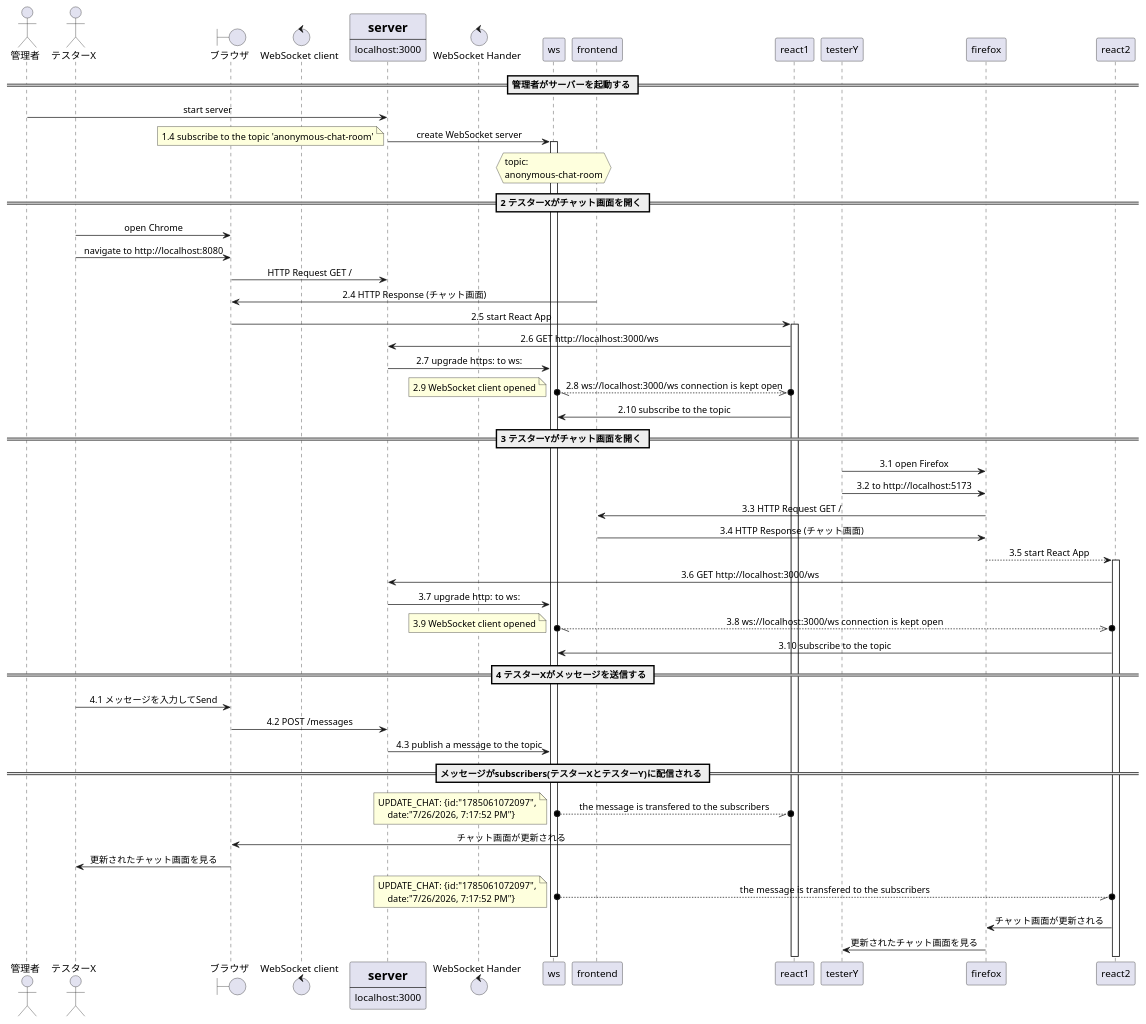
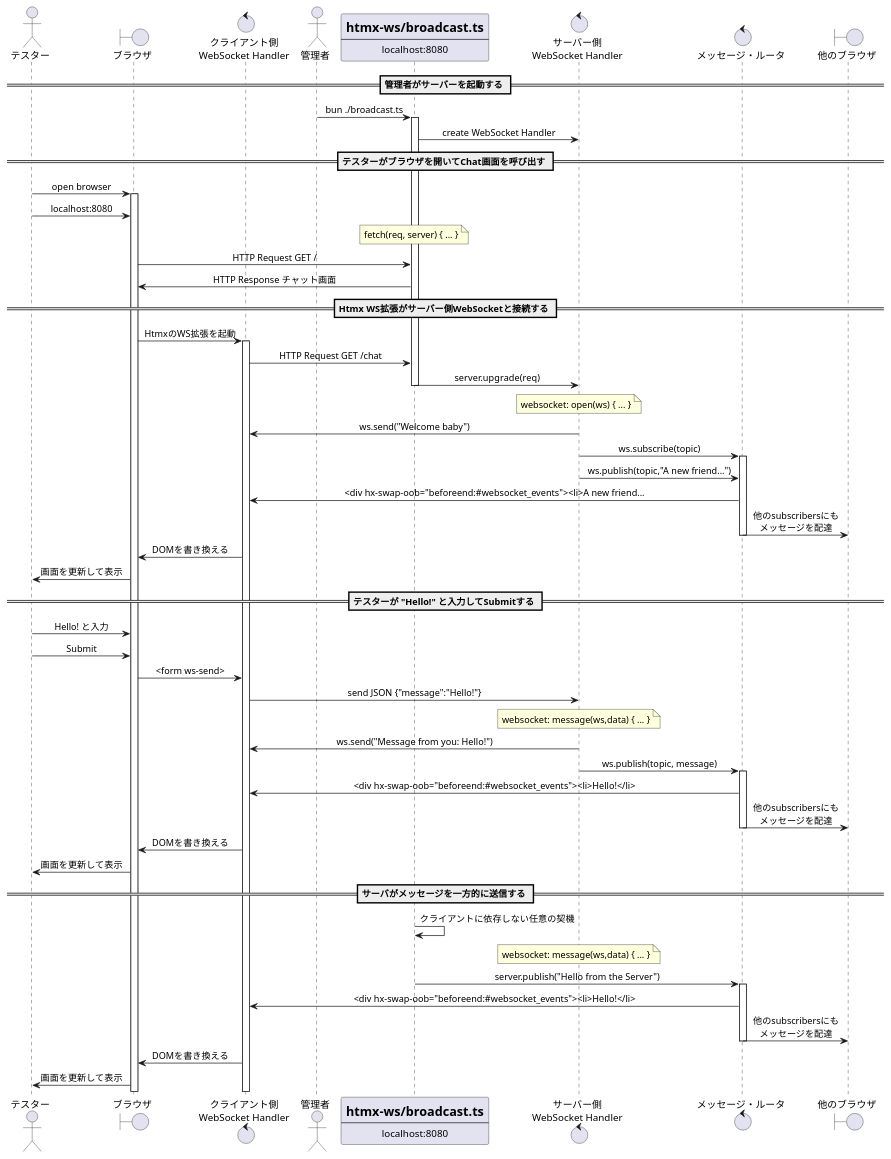
One commit to kazurayam/websocket-demo changed the diagram in docs/diagrams/src/sequence.puml. Above: the diagram before and after it, drawn with PlantUML. The commit also changed 7 other files, not shown here.

Commit message:
#9 シーケンス図を追加した

```diff
--- a/docs/diagrams/src/sequence.puml
+++ b/docs/diagrams/src/sequence.puml
@@ -3,71 +3,78 @@
 @startuml sequence
 skinparam sequenceMessageAlign center
 
-actor       管理者             as admin
-actor       テスターX          as testerX
-boundary    ブラウザ           as chrome
-control     "WebSocket client" as wsc
+actor       テスター            as tester
+boundary    ブラウザ            as chrome
+control     "クライアント側\nWebSocket Handler" as cWS
+actor       管理者              as admin
 participant server [
-    =server
+    =htmx-ws/broadcast.ts
     ----
-    localhost:3000
+    localhost:8080
 ]
-control     "WebSocket Hander" as wsh
+control     "サーバー側\nWebSocket Handler" as sWS
+control     "メッセージ・ルータ" as router
+boundary    "他のブラウザ"       as others
 
 == 管理者がサーバーを起動する ==
-admin       ->   server     : start server
-server      ->   ws         : create WebSocket server
-activate ws
-hnote over ws: topic:\nanonymous-chat-room
-note left: 1.4 subscribe to the topic 'anonymous-chat-room'
+admin       ->   server     : bun ./broadcast.ts
+activate server
+server      ->   sWS        : create WebSocket Handler
 
-== 2 テスターXがチャット画面を開く ==
-testerX     ->   chrome     : open Chrome
-testerX     ->   chrome     : navigate to http://localhost:8080
+== テスターがブラウザを開いてChat画面を呼び出す ==
+tester      ->   chrome     : open browser
+activate chrome
+tester      ->   chrome     : localhost:8080
+note over server: fetch(req, server) { ... }
 chrome      ->   server     : HTTP Request GET /
-frontend    ->   chrome     : 2.4 HTTP Response (チャット画面)
-chrome      ->   react1     : 2.5 start React App
-activate react1
-react1      ->   server     : 2.6 GET http://localhost:3000/ws
+chrome      <-   server     : HTTP Response チャット画面
 
-server      ->   ws         : 2.7 upgrade https: to ws:
-react1  o\\--\\o ws         : 2.8 ws://localhost:3000/ws connection is kept open
-note left: 2.9 WebSocket client opened
-react1      ->   ws         : 2.10 subscribe to the topic
+== Htmx WS拡張がサーバー側WebSocketと接続する ==
+chrome      ->   cWS        : HtmxのWS拡張を起動
+activate cWS
+cWS         ->   server     : HTTP Request GET /chat
+server      ->   sWS        : server.upgrade(req)
+deactivate server
+note over sWS: websocket: open(ws) { ... }
+cWS         <-   sWS        : ws.send("Welcome baby")
+sWS         ->   router     : ws.subscribe(topic)
+activate router
+sWS         ->   router     : ws.publish(topic,"A new friend...")
+cWS         <-   router     : <div hx-swap-oob="beforeend:#websocket_events"><li>A new friend...
+router      ->   others     : 他のsubscribersにも\nメッセージを配達
+deactivate router
+chrome      <-   cWS        : DOMを書き換える
+tester      <-   chrome     : 画面を更新して表示
 
-== 3 テスターYがチャット画面を開く ==
-testerY     ->   firefox    : 3.1 open Firefox
-testerY     ->   firefox    : 3.2 to http://localhost:5173
-firefox     ->   frontend   : 3.3 HTTP Request GET /
-frontend    ->   firefox    : 3.4 HTTP Response (チャット画面)
-firefox    -->   react2     : 3.5 start React App
-activate react2
-react2      ->   server     : 3.6 GET http://localhost:3000/ws
-server      ->   ws         : 3.7 upgrade http: to ws:
-react2  o\\--\\o ws         : 3.8 ws://localhost:3000/ws connection is kept open
-note left: 3.9 WebSocket client opened
-react2      ->   ws         : 3.10 subscribe to the topic
+== テスターが "Hello!" と入力してSubmitする ==
+tester      ->   chrome     : Hello! と入力
+tester      ->   chrome     : Submit
+chrome      ->   cWS        : <form ws-send>
+cWS         ->   sWS        : send JSON {"message":"Hello!"}
+note over sWS: websocket: message(ws,data) { ... }
+cWS         <-   sWS        : ws.send("Message from you: Hello!")
+sWS         ->   router     : ws.publish(topic, message)
+activate router
+cWS         <-   router     : <div hx-swap-oob="beforeend:#websocket_events"><li>Hello!</li>
+router      ->   others     : 他のsubscribersにも\nメッセージを配達
+deactivate router
+chrome      <-   cWS        : DOMを書き換える
+tester      <-   chrome     : 画面を更新して表示
 
-== 4 テスターXがメッセージを送信する ==
-testerX     ->   chrome     : 4.1 メッセージを入力してSend
-chrome      ->   server     : 4.2 POST /messages
-server      ->   ws         : 4.3 publish a message to the topic
+== サーバがメッセージを一方的に送信する ==
+server      ->   server     : クライアントに依存しない任意の契機
+note over sWS: websocket: message(ws,data) { ... }
+server      ->   router     : server.publish("Hello from the Server")
+activate router
+cWS         <-   router     : <div hx-swap-oob="beforeend:#websocket_events"><li>Hello!</li>
+router      ->   others     : 他のsubscribersにも\nメッセージを配達
+deactivate router
+chrome      <-   cWS        : DOMを書き換える
+tester      <-   chrome     : 画面を更新して表示
 
-== メッセージがsubscribers(テスターXとテスターY)に配信される ==
-react1  o\\--o   ws         : the message is transfered to the subscribers
-note left
-UPDATE_CHAT: {id:"1785061072097",
-    date:"7/26/2026, 7:17:52 PM"}
-end note
-chrome     <-    react1     : チャット画面が更新される
-testerX    <-    chrome     : 更新されたチャット画面を見る
 
-react2  o\\--o   ws         : the message is transfered to the subscribers
-note left
-UPDATE_CHAT: {id:"1785061072097",
-    date:"7/26/2026, 7:17:52 PM"}
-end note
-firefox    <-    react2         : チャット画面が更新される
-testerY    <-    firefox    : 更新されたチャット画面を見る
+'hnote over sws: topic:\nthe-group-chat
+'note left: subscribe the topic 'the-group-chat'
+
 
 @enduml
```
